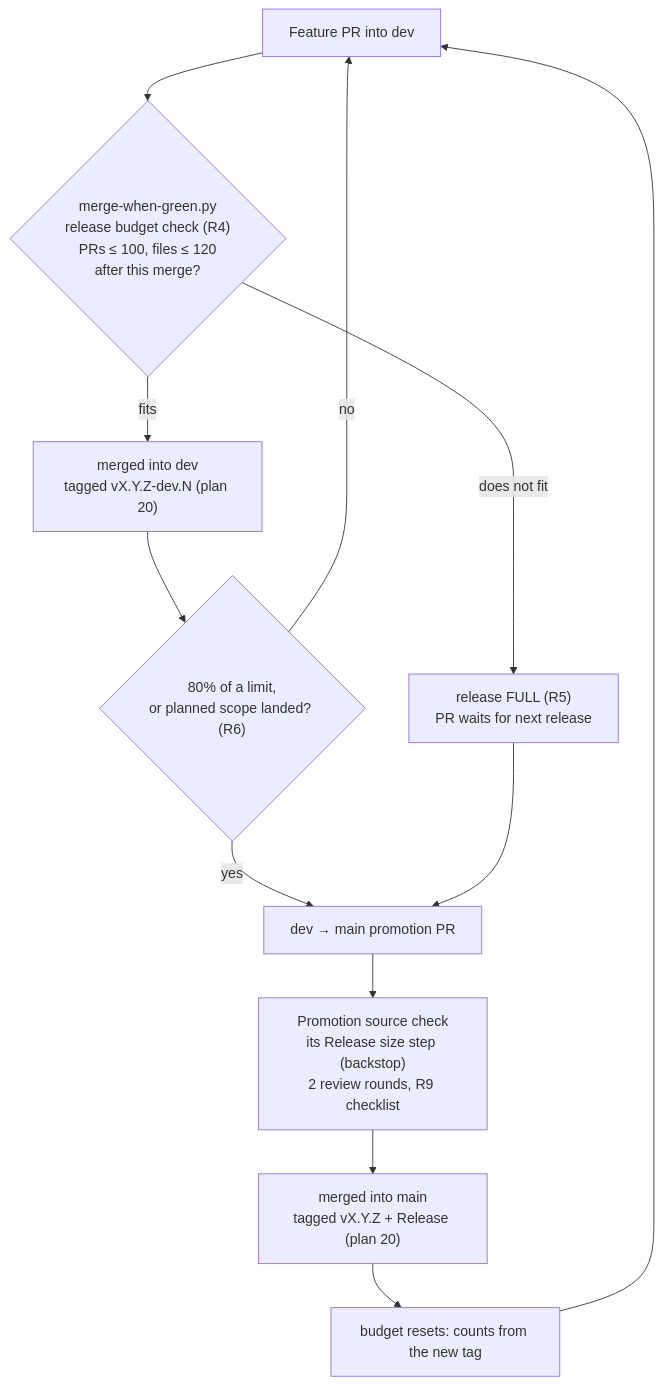
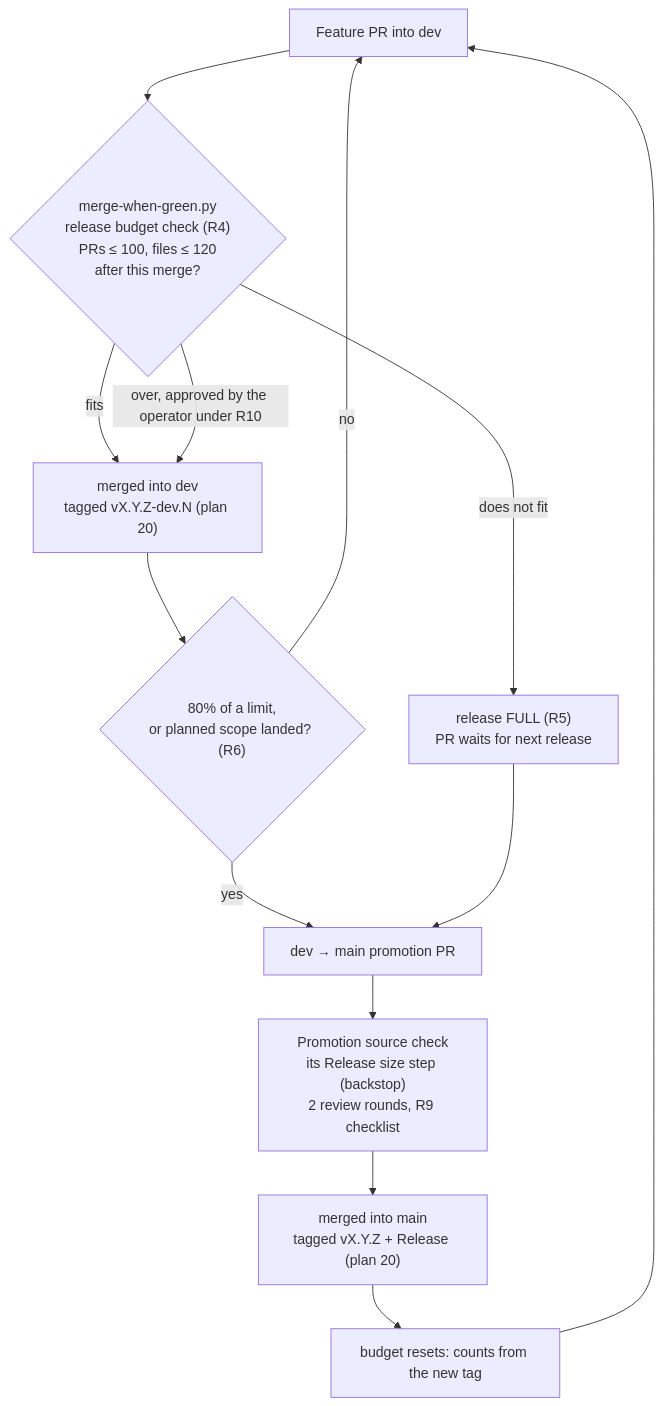
The diagram in plan/architecture/10-release-policy.md (uhstray-io/agent-cloud), drawn with Mermaid before and after one commit. The commit also changed other lines of this file, not shown here.

````diff
--- a/plan/architecture/10-release-policy.md
+++ b/plan/architecture/10-release-policy.md
@@ -92,14 +92,15 @@
 ```mermaid
 flowchart TD
     PR["Feature PR into dev"] --> G{"merge-when-green.py<br/>release budget check (R4)<br/>PRs ≤ 100, files ≤ 120<br/>after this merge?"}
     G -->|fits| DEV["merged into dev<br/>tagged vX.Y.Z-dev.N (plan 20)"]
     G -->|does not fit| FULL["release FULL (R5)<br/>PR waits for next release"]
+    G -->|over, approved by the operator under R10| DEV
     DEV --> T{"80% of a limit,<br/>or planned scope landed? (R6)"}
     T -->|no| PR
     T -->|yes| PROMO["dev → main promotion PR"]
     FULL --> PROMO
     PROMO --> CHK["Promotion source check<br/>its Release size step (backstop)<br/>2 review rounds, R9 checklist"]
     CHK --> MAIN["merged into main<br/>tagged vX.Y.Z + Release (plan 20)"]
     MAIN --> RESET["budget resets: counts from the new tag"]
     RESET --> PR
 ```
````
